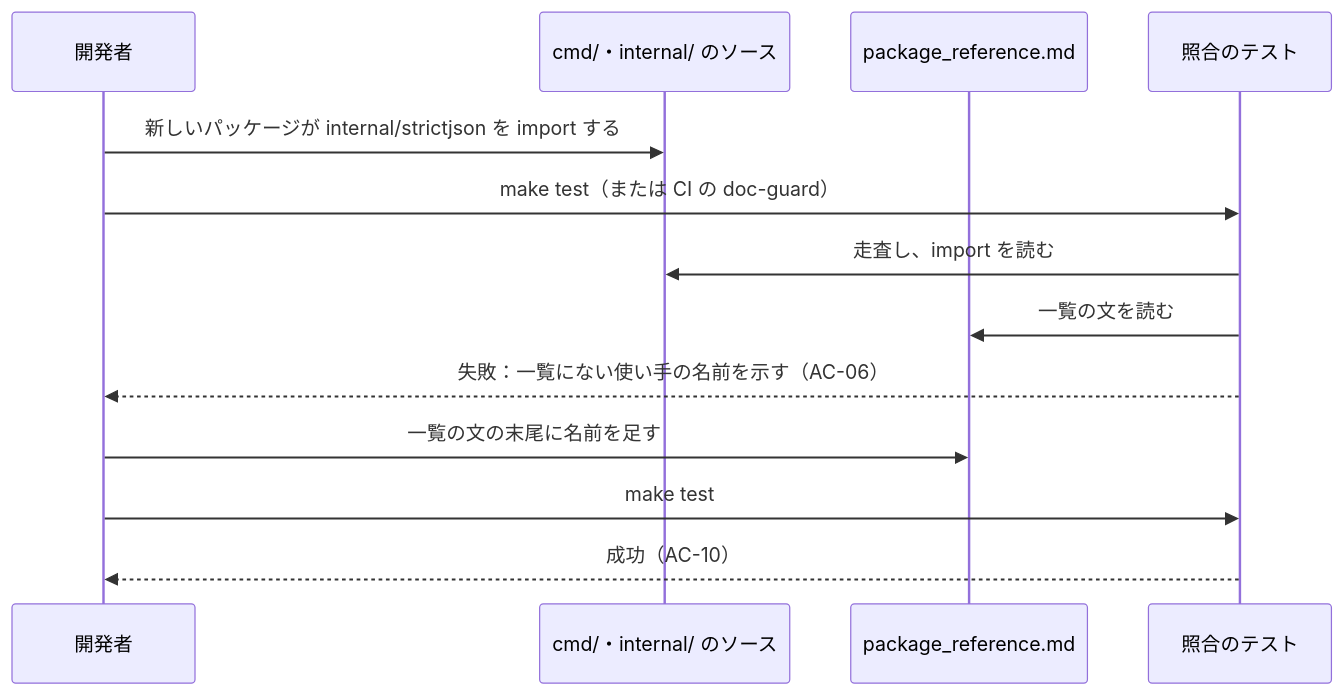
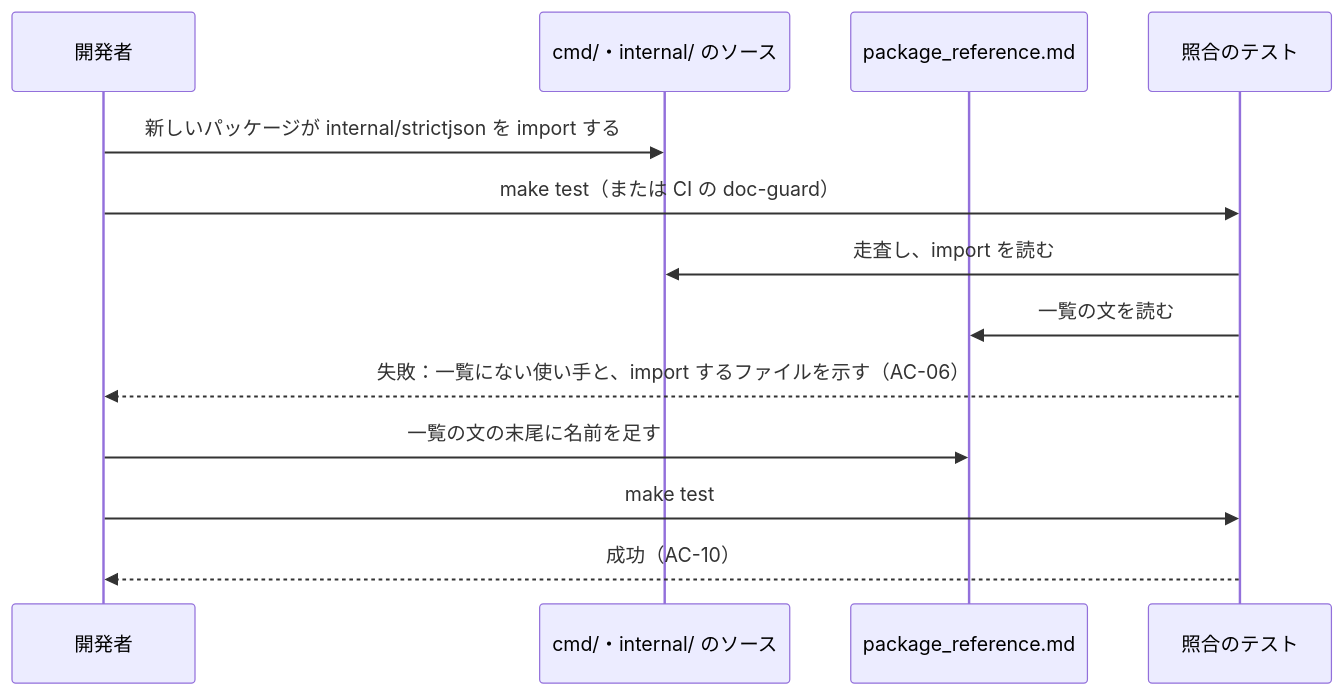
One commit to isseis/yt2column changed the third of 4 diagrams in docs/tasks/0068_strictjson_package_reference/02_architecture.md. Above: the diagram before and after it, drawn with Mermaid. The commit also changed other lines of this file, not shown here.

First line of the commit message:
docs(0068): address the architecture review and the Japanese prose pass

````diff
--- a/docs/tasks/0068_strictjson_package_reference/02_architecture.md
+++ b/docs/tasks/0068_strictjson_package_reference/02_architecture.md
@@ -174,16 +179,16 @@
 ```mermaid
 sequenceDiagram
     participant Dev as 開発者
     participant Code as cmd/・internal/ のソース
     participant Doc as package_reference.md
     participant Test as 照合のテスト
 
     Dev->>Code: 新しいパッケージが internal/strictjson を import する
     Dev->>Test: make test（または CI の doc-guard）
     Test->>Code: 走査し、import を読む
     Test->>Doc: 一覧の文を読む
-    Test-->>Dev: 失敗：一覧にない使い手の名前を示す（AC-06）
+    Test-->>Dev: 失敗：一覧にない使い手と、import するファイルを示す（AC-06）
     Dev->>Doc: 一覧の文の末尾に名前を足す
     Dev->>Test: make test
     Test-->>Dev: 成功（AC-10）
 ```
````
